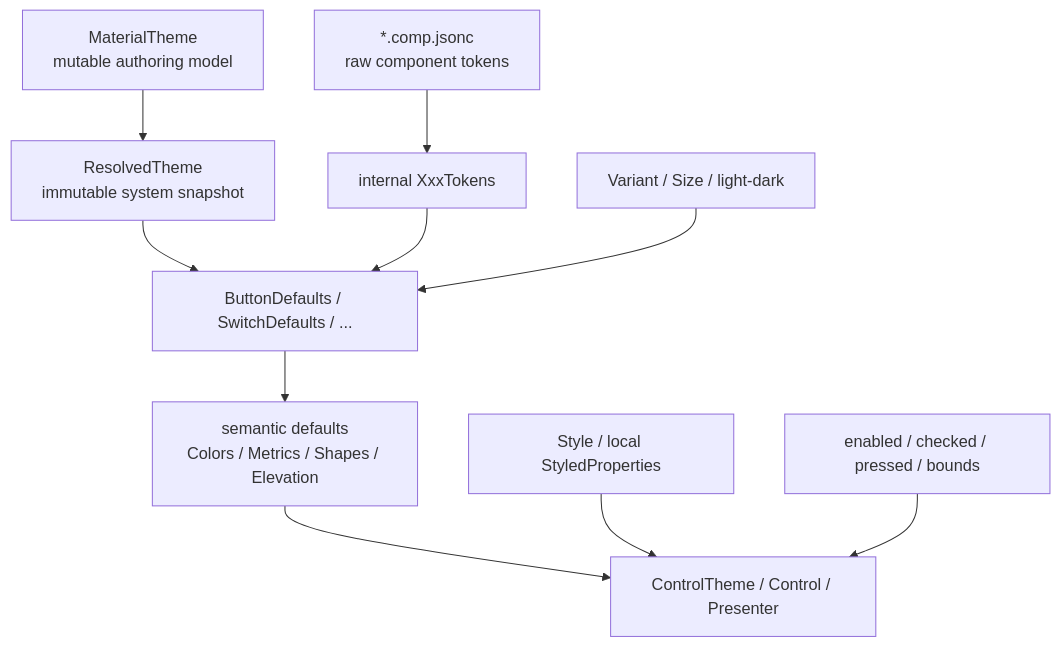
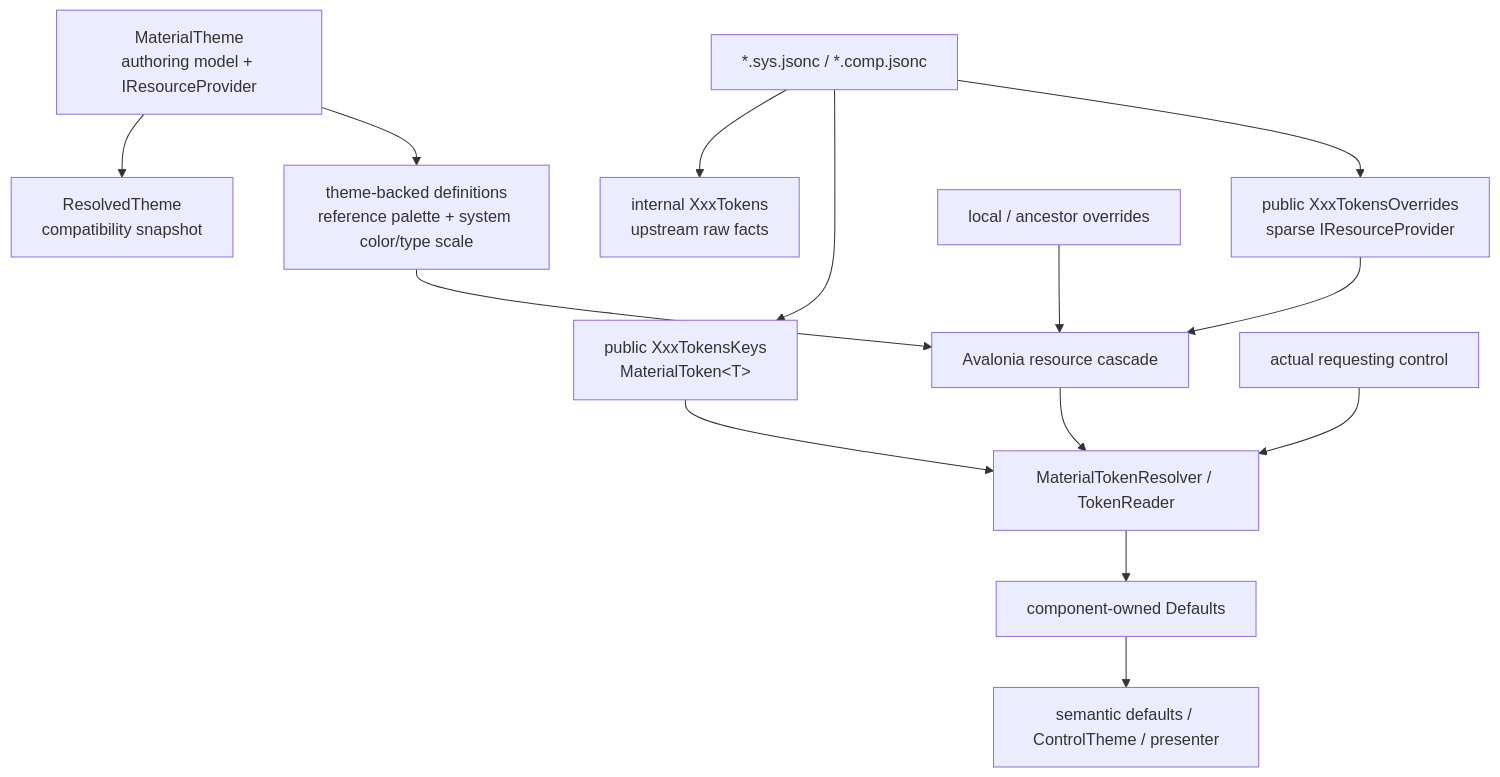
The diagram in docs/refactor/new-theme-architecture.md (Shirasagi0012/Material3Expressive.Avalonia), drawn with Mermaid before and after one commit. The commit also changed other lines of this file and 33 other files, not shown here.

````diff
--- a/docs/refactor/new-theme-architecture.md
+++ b/docs/refactor/new-theme-architecture.md
@@ -9,15 +11,19 @@
 ```mermaid
 flowchart TD
-    MT["MaterialTheme<br/>mutable authoring model"] --> RT["ResolvedTheme<br/>immutable system snapshot"]
+    JSON["*.sys.jsonc / *.comp.jsonc"] --> RAW["internal XxxTokens<br/>upstream raw facts"]
+    JSON --> KEYS["public XxxTokensKeys<br/>MaterialToken&lt;T&gt;"]
+    JSON --> OVR["public XxxTokensOverrides<br/>sparse IResourceProvider"]
 
-    JSON["*.comp.jsonc<br/>raw component tokens"] --> RAW["internal XxxTokens"]
+    MT["MaterialTheme<br/>authoring model + IResourceProvider"] --> RT["ResolvedTheme<br/>compatibility snapshot"]
+    MT --> SYS["theme-backed definitions<br/>reference palette + system color/type scale"]
 
-    RT --> DEF["ButtonDefaults / SwitchDefaults / ..."]
-    RAW --> DEF
-    AXIS["Variant / Size / light-dark"] --> DEF
+    SYS --> RES["Avalonia resource cascade"]
+    OVR --> RES
+    LOCAL["local / ancestor overrides"] --> RES
 
-    DEF --> SEM["semantic defaults<br/>Colors / Metrics / Shapes / Elevation"]
-    SEM --> UI["ControlTheme / Control / Presenter"]
-    STYLE["Style / local StyledProperties"] --> UI
-    STATE["enabled / checked / pressed / bounds"] --> UI
+    REQUESTER["actual requesting control"] --> READER["MaterialTokenResolver / TokenReader"]
+    RES --> READER
+    KEYS --> READER
+    READER --> DEF["component-owned Defaults"]
+    DEF --> UI["semantic defaults / ControlTheme / presenter"]
 ```
````
